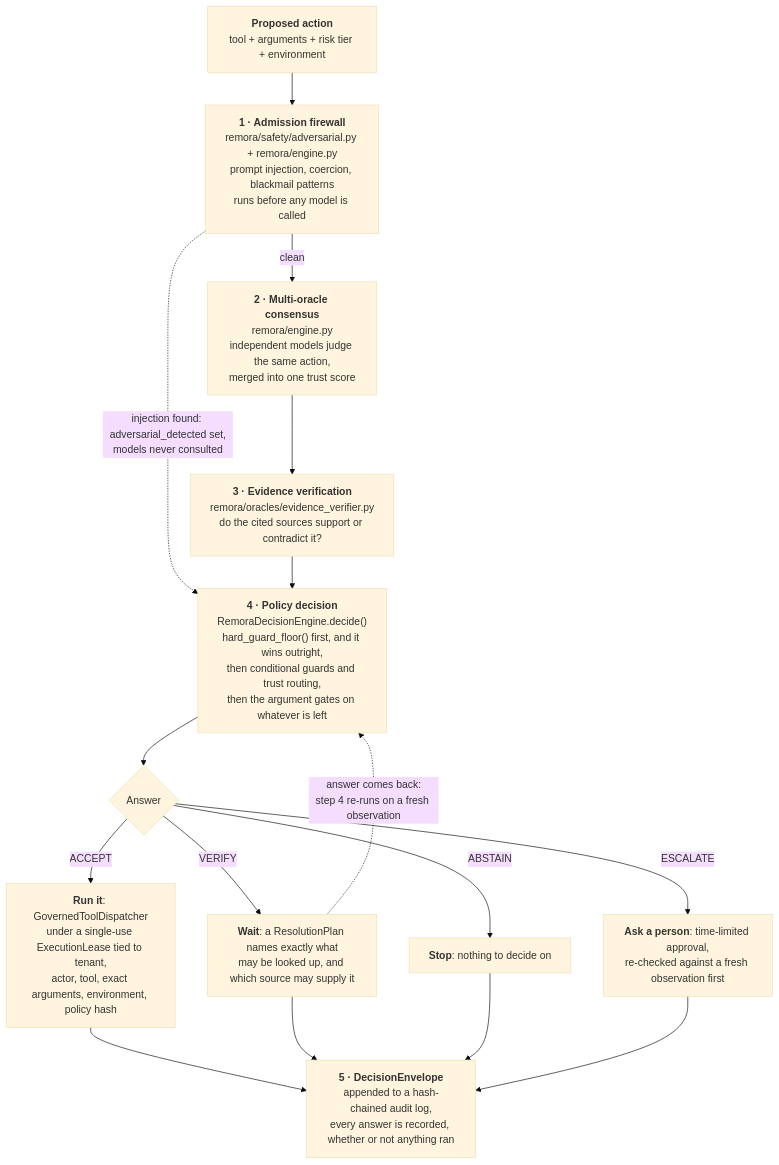
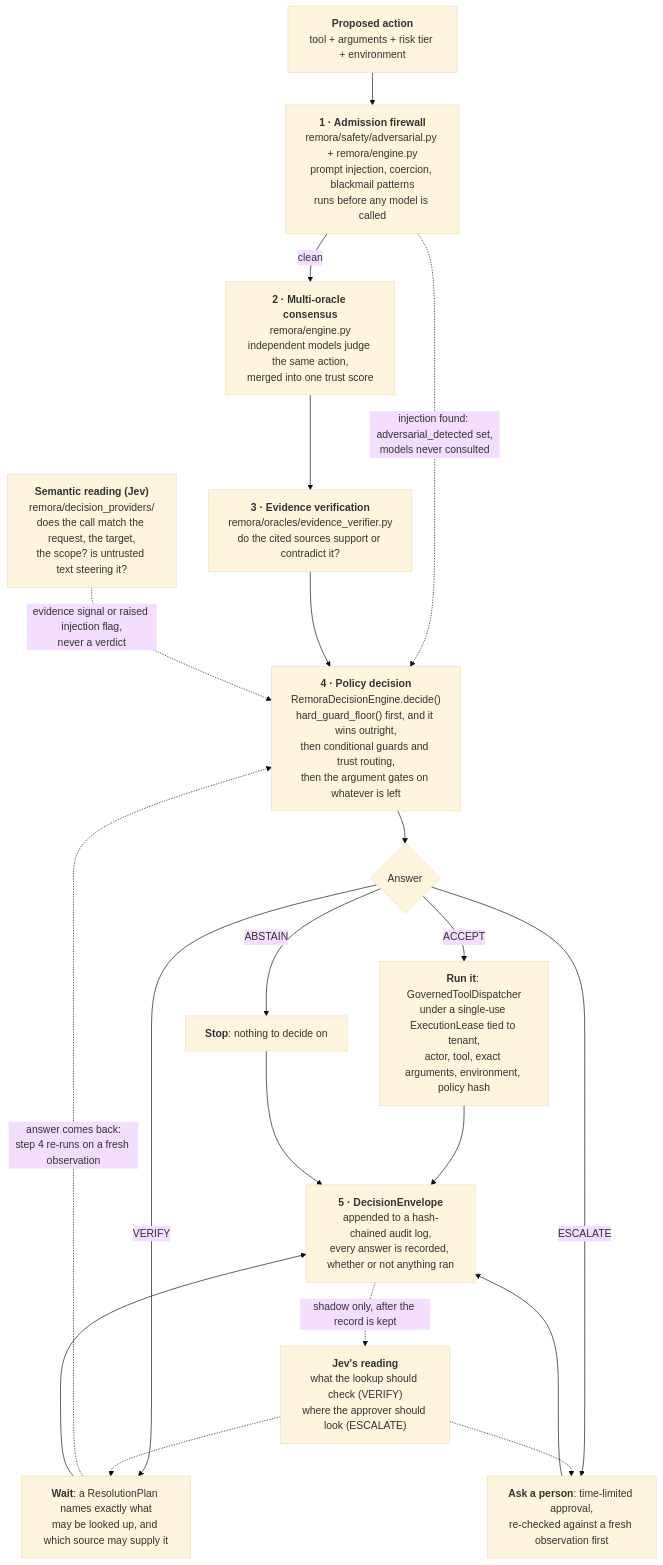
The diagram in docs/01-architecture.md (darklordVirtual/REMORA-research), drawn with Mermaid (base theme) before and after one commit. The commit also changed other lines of this file and 13 other files, not shown here.

First line of the commit message:
docs: place Jev in the architecture, the API reference and domain packs

````diff
--- a/docs/01-architecture.md
+++ b/docs/01-architecture.md
@@ -50,20 +50,25 @@
 ```mermaid
 flowchart TD
     A["<b>Proposed action</b><br/>tool + arguments + risk tier + environment"] --> B
     B["<b>1 · Admission firewall</b><br/>remora/safety/adversarial.py + remora/engine.py<br/>prompt injection, coercion, blackmail patterns<br/>runs before any model is called"]
     B -->|"clean"| C
     B -.->|"injection found: adversarial_detected set,<br/>models never consulted"| E
     C["<b>2 · Multi-oracle consensus</b><br/>remora/engine.py<br/>independent models judge the same action,<br/>merged into one trust score"] --> D
     D["<b>3 · Evidence verification</b><br/>remora/oracles/evidence_verifier.py<br/>do the cited sources support or contradict it?"] --> E
+    S["<b>Semantic reading (Jev)</b><br/>remora/decision_providers/<br/>does the call match the request, the target,<br/>the scope? is untrusted text steering it?"]
+    S -.->|"evidence signal or raised injection flag,<br/>never a verdict"| E
     E["<b>4 · Policy decision</b><br/>RemoraDecisionEngine.decide()<br/>hard_guard_floor() first, and it wins outright,<br/>then conditional guards and trust routing,<br/>then the argument gates on whatever is left"]
     E --> F{"Answer"}
     F -->|ACCEPT| G["<b>Run it</b>: GovernedToolDispatcher<br/>under a single-use ExecutionLease tied to tenant,<br/>actor, tool, exact arguments, environment, policy hash"]
     F -->|VERIFY| H["<b>Wait</b>: a ResolutionPlan names exactly what<br/>may be looked up, and which source may supply it"]
     F -->|ABSTAIN| I["<b>Stop</b>: nothing to decide on"]
     F -->|ESCALATE| J["<b>Ask a person</b>: time-limited approval,<br/>re-checked against a fresh observation first"]
     H -.->|"answer comes back:<br/>step 4 re-runs on a fresh observation"| E
     G --> K["<b>5 · DecisionEnvelope</b><br/>appended to a hash-chained audit log,<br/>every answer is recorded, whether or not anything ran"]
     H --> K
     I --> K
     J --> K
+    K -.->|"shadow only, after the record is kept"| R["<b>Jev's reading</b><br/>what the lookup should check (VERIFY)<br/>where the approver should look (ESCALATE)"]
+    R -.-> H
+    R -.-> J
 ```
````
